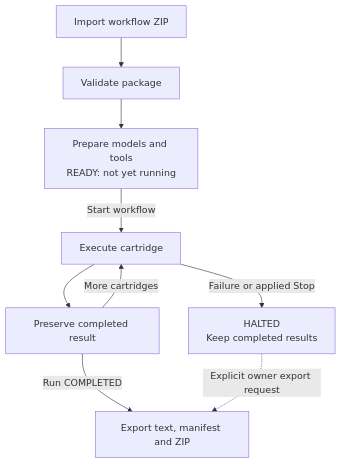
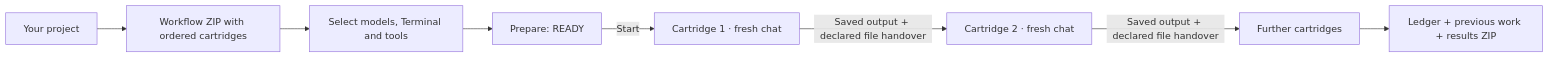
Before and after one commit to Nundrian/Magazine: the first of 2 diagrams in README.md, drawn with Mermaid. The commit also changed other lines of this file and 14 other files, not shown here.

````diff
--- a/README.md
+++ b/README.md
@@ -79,11 +47,10 @@
 ```mermaid
-flowchart TD
-    importZip["Import workflow ZIP"] --> validate["Validate package"]
-    validate --> prepare["Prepare models and tools<br/>READY: not yet running"]
-    prepare -->|Start workflow| execute["Execute cartridge"]
-    execute --> preserve["Preserve completed result"]
-    preserve -->|More cartridges| execute
-    preserve -->|Run COMPLETED| exportFiles["Export text, manifest and ZIP"]
-    execute -->|Failure or applied Stop| halted["HALTED<br/>Keep completed results"]
-    halted -.->|Explicit owner export request| exportFiles
+flowchart LR
+  A["Your project"] --> B["Workflow ZIP with ordered cartridges"]
+  B --> C["Select models, Terminal and tools"]
+  C --> D["Prepare: READY"]
+  D -->|Start| E["Cartridge 1 · fresh chat"]
+  E -->|Saved output + declared file handover| F["Cartridge 2 · fresh chat"]
+  F -->|Saved output + declared file handover| G["Further cartridges"]
+  G --> H["Ledger + previous work + results ZIP"]
 ```
````
